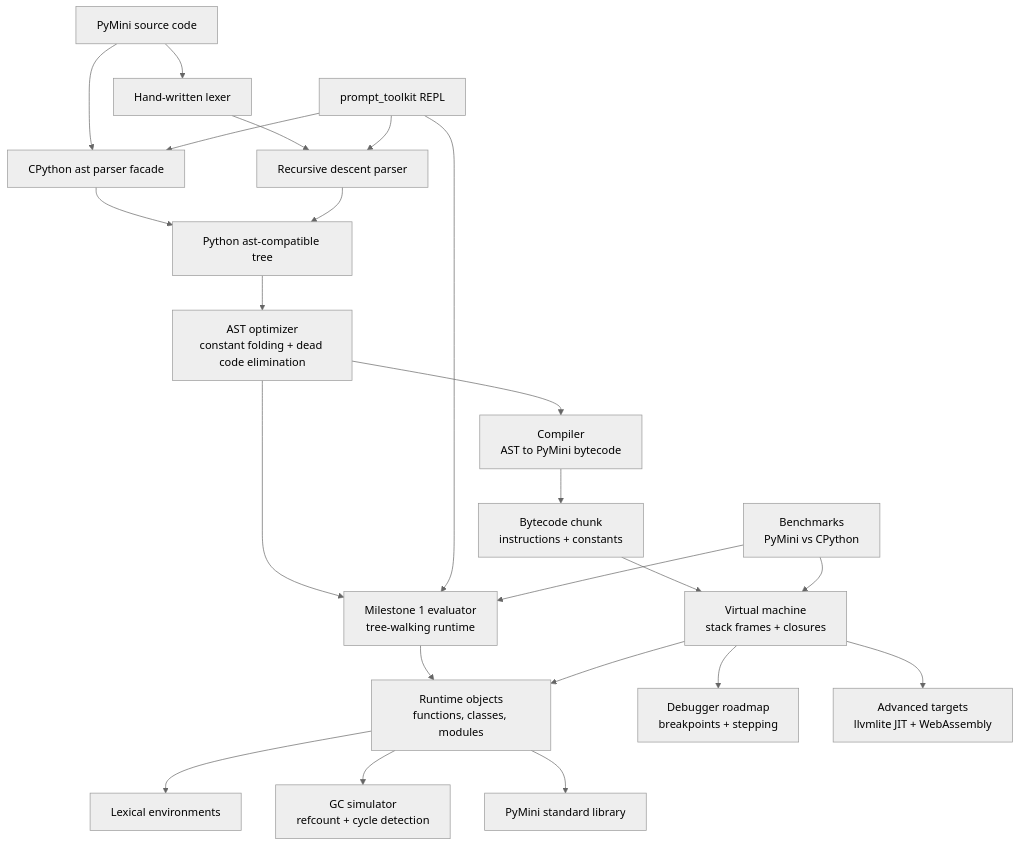
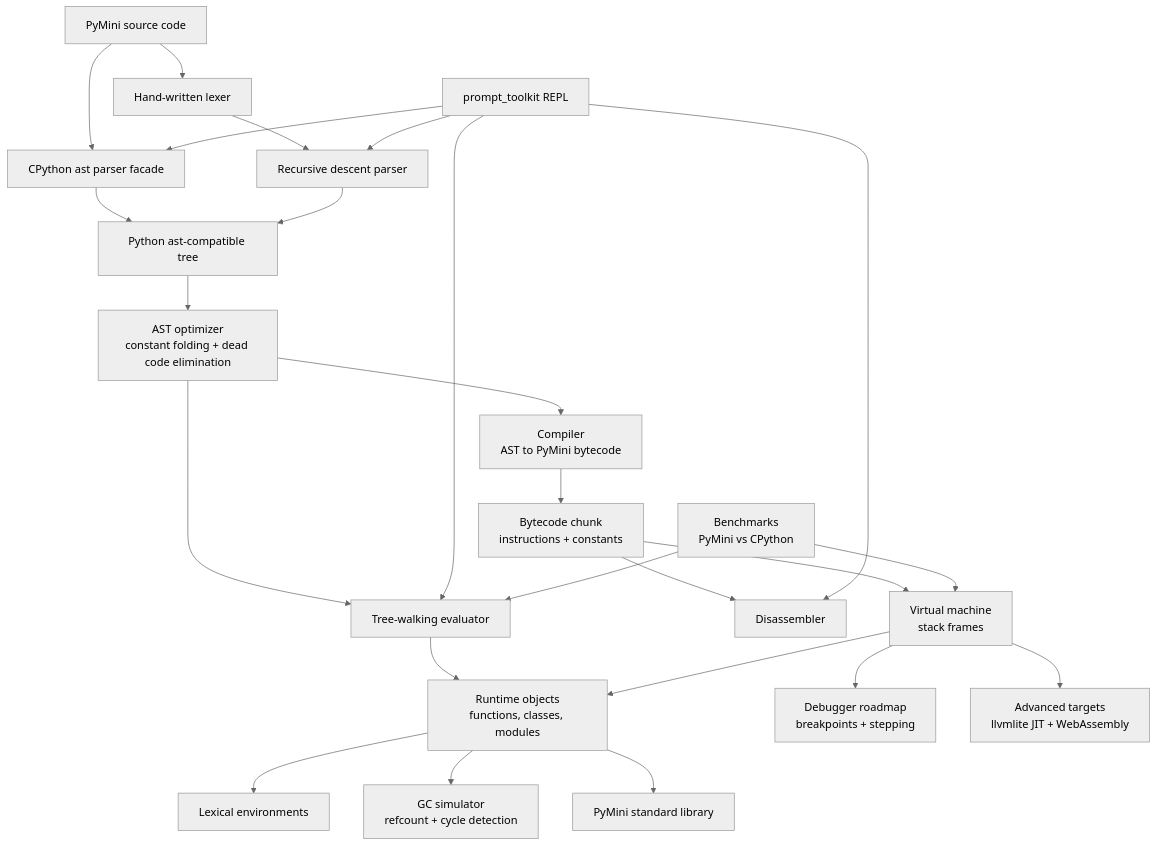
The diagram in README.md (Sebby1770/PyMini), drawn with Mermaid (neutral theme) before and after one commit. The commit also changed other lines of this file and 14 other files, not shown here.

````diff
--- a/README.md
+++ b/README.md
@@ -9,42 +11,45 @@
 ```mermaid
 flowchart TD
     Source["PyMini source code"]
     Lexer["Hand-written lexer"]
     HandParser["Recursive descent parser"]
     AstParser["CPython ast parser facade"]
     PyAST["Python ast-compatible tree"]
     Optimizer["AST optimizer<br/>constant folding + dead code elimination"]
-    Evaluator["Milestone 1 evaluator<br/>tree-walking runtime"]
+    Evaluator["Tree-walking evaluator"]
     Compiler["Compiler<br/>AST to PyMini bytecode"]
     Bytecode["Bytecode chunk<br/>instructions + constants"]
-    VM["Virtual machine<br/>stack frames + closures"]
+    Disasm["Disassembler"]
+    VM["Virtual machine<br/>stack frames"]
     Runtime["Runtime objects<br/>functions, classes, modules"]
     Scope["Lexical environments"]
     GC["GC simulator<br/>refcount + cycle detection"]
     Stdlib["PyMini standard library"]
     REPL["prompt_toolkit REPL"]
     Debugger["Debugger roadmap<br/>breakpoints + stepping"]
     Bench["Benchmarks<br/>PyMini vs CPython"]
     Targets["Advanced targets<br/>llvmlite JIT + WebAssembly"]
 
     Source --> AstParser
     Source --> Lexer --> HandParser
     AstParser --> PyAST
     HandParser --> PyAST
     PyAST --> Optimizer
     Optimizer --> Evaluator
     Optimizer --> Compiler
     Compiler --> Bytecode --> VM
+    Bytecode --> Disasm
     Evaluator --> Runtime
     VM --> Runtime
     Runtime --> Scope
     Runtime --> GC
     Runtime --> Stdlib
     REPL --> AstParser
     REPL --> HandParser
     REPL --> Evaluator
+    REPL --> Disasm
     VM --> Debugger
     Bench --> Evaluator
     Bench --> VM
     VM --> Targets
 ```
````
